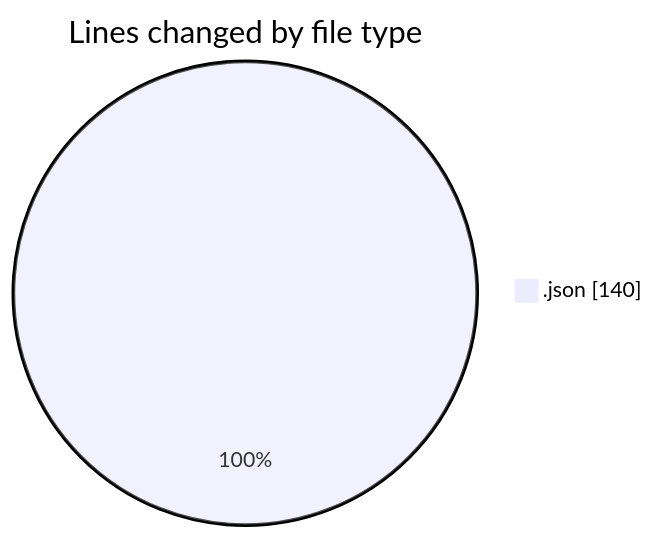
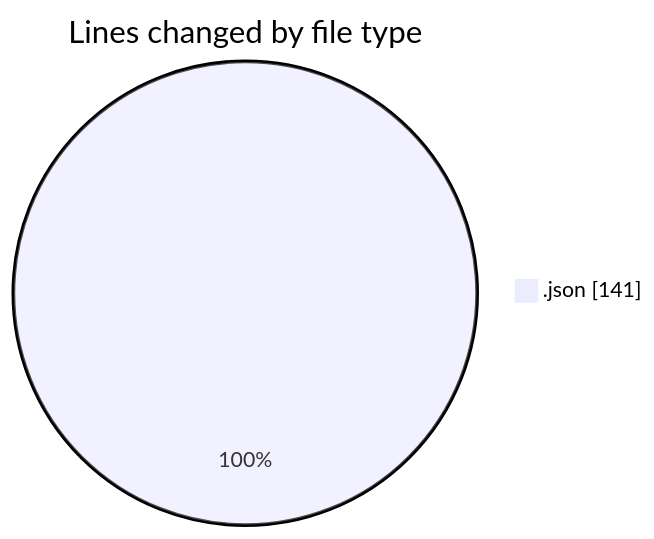
The first of 2 diagrams in 2025-10-02/oura-api/README.md (mevix1/code-tracking), drawn with Mermaid before and after one commit. The commit also changed other lines of this file and 1 other file, not shown here.

````diff
--- a/2025-10-02/oura-api/README.md
+++ b/2025-10-02/oura-api/README.md
@@ -20,5 +20,5 @@
 ```mermaid
 pie showData
 title Lines changed by file type
-".json" : 140
+".json" : 141
 ```
````
